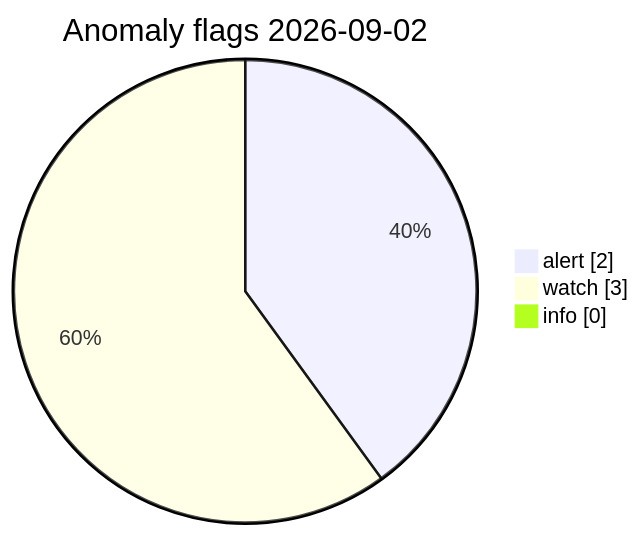
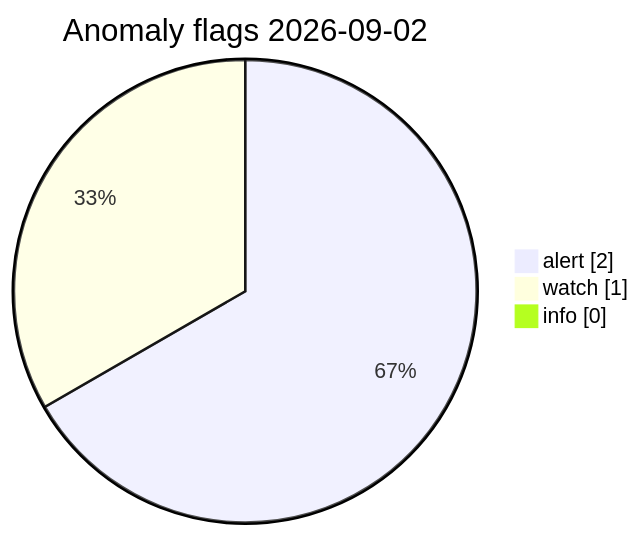
Before and after one commit to Midwest-Stratospheric/Unified-Open-Global-Weather: the diagram in visuals/2026-09-02/CHARTS.md, drawn with Mermaid. The commit also changed other lines of this file and 13 other files, not shown here.

Commit message:
data(visuals): automated charts 2026-09-02T13:46Z

````diff
--- a/visuals/2026-09-02/CHARTS.md
+++ b/visuals/2026-09-02/CHARTS.md
@@ -73,7 +73,7 @@
 ```mermaid
 pie showData
   title Anomaly flags 2026-09-02
   "alert" : 2
-  "watch" : 3
+  "watch" : 1
   "info" : 0
 ```
````
